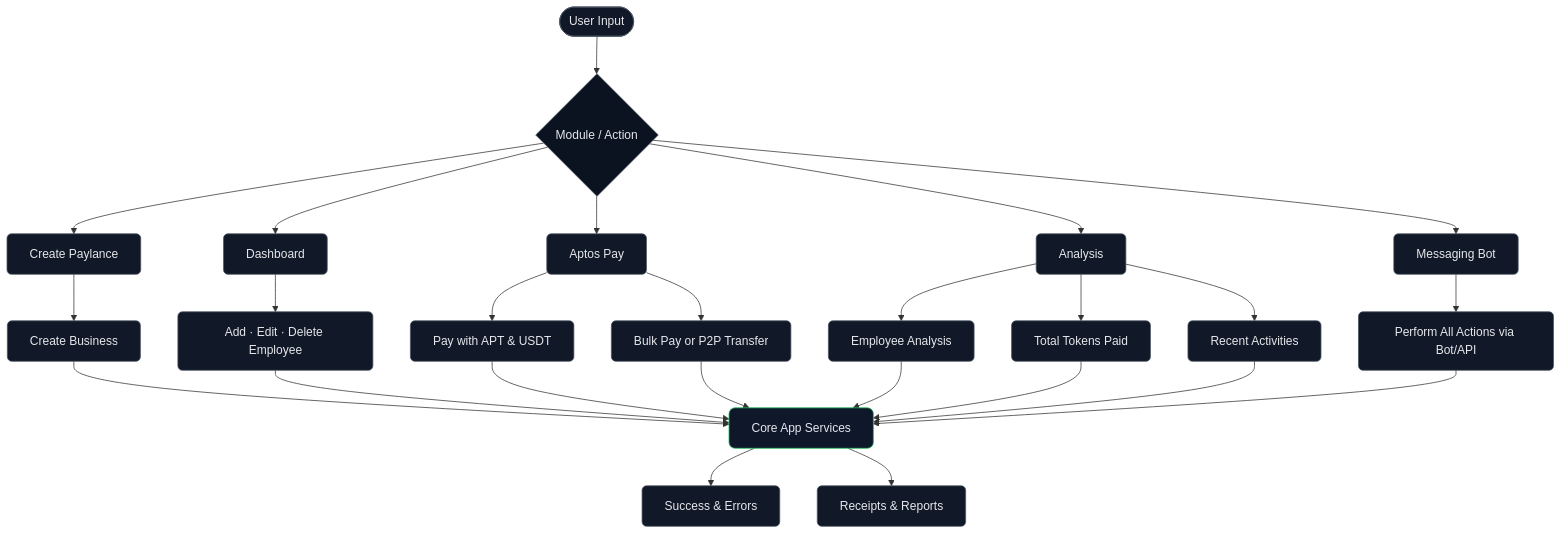
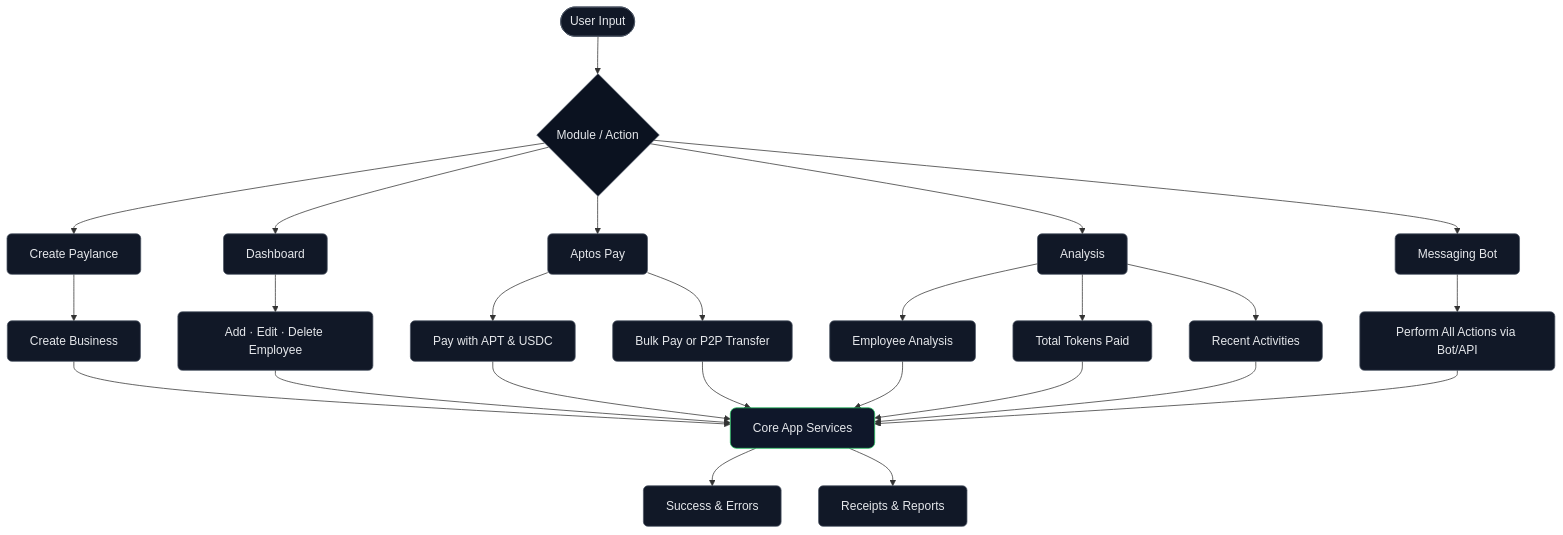
Before and after one commit to Himanshujadhav2004/AptosDapp: the diagram in README.md, drawn with Mermaid. The commit also changed other lines of this file, not shown here.

````diff
--- a/README.md
+++ b/README.md
@@ -39,65 +39,65 @@
 ```mermaid
 flowchart TB
   %% AptosPaylance – user‑flow architecture
 
   U([User Input]):::node
   SEL{"Module / Action"}:::decision
   U --> SEL
 
   %% Primary modules
   M1[Create Paylance]:::node
   M2[Dashboard]:::node
   M3[Aptos Pay]:::node
   M4[Analysis]:::node
   M5[Messaging Bot]:::node
 
   SEL --> M1
   SEL --> M2
   SEL --> M3
   SEL --> M4
   SEL --> M5
 
   %% Module details (2nd row)
   M1a[Create Business]:::node
   M1 --> M1a
 
   M2a[Add · Edit · Delete Employee]:::node
   M2 --> M2a
 
-  M3a[Pay with APT & USDT]:::node
+  M3a[Pay with APT & USDC]:::node
   M3b[Bulk Pay or P2P Transfer]:::node
   M3 --> M3a
   M3 --> M3b
 
   M4a[Employee Analysis]:::node
   M4b[Total Tokens Paid]:::node
   M4c[Recent Activities]:::node
   M4 --> M4a
   M4 --> M4b
   M4 --> M4c
 
   M5a[Perform All Actions via Bot/API]:::node
   M5 --> M5a
 
   %% Consolidation
   CORE[Core App Services]:::hub
   M1a --> CORE
   M2a --> CORE
   M3a --> CORE
   M3b --> CORE
   M4a --> CORE
   M4b --> CORE
   M4c --> CORE
   M5a --> CORE
 
   %% Outputs / results
   OUT1[Success & Errors]:::node
   OUT2[Receipts & Reports]:::node
   CORE --> OUT1
   CORE --> OUT2
 
   %% Styling
   classDef node fill:#111827,stroke:#4b5563,color:#e5e7eb,rx:6,ry:6;
   classDef decision fill:#0b1220,stroke:#4b5563,color:#e5e7eb;
   classDef hub fill:#0f172a,stroke:#22c55e,color:#e5e7eb,rx:8,ry:8;
 ```
````
